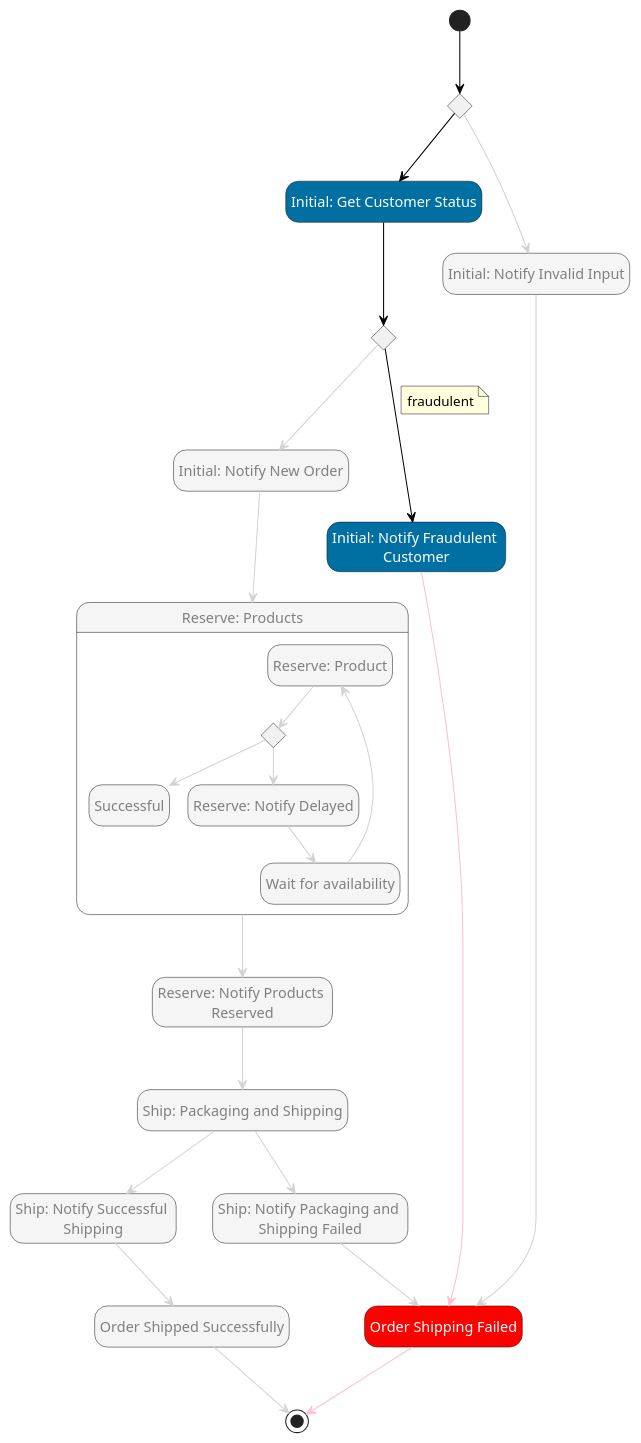
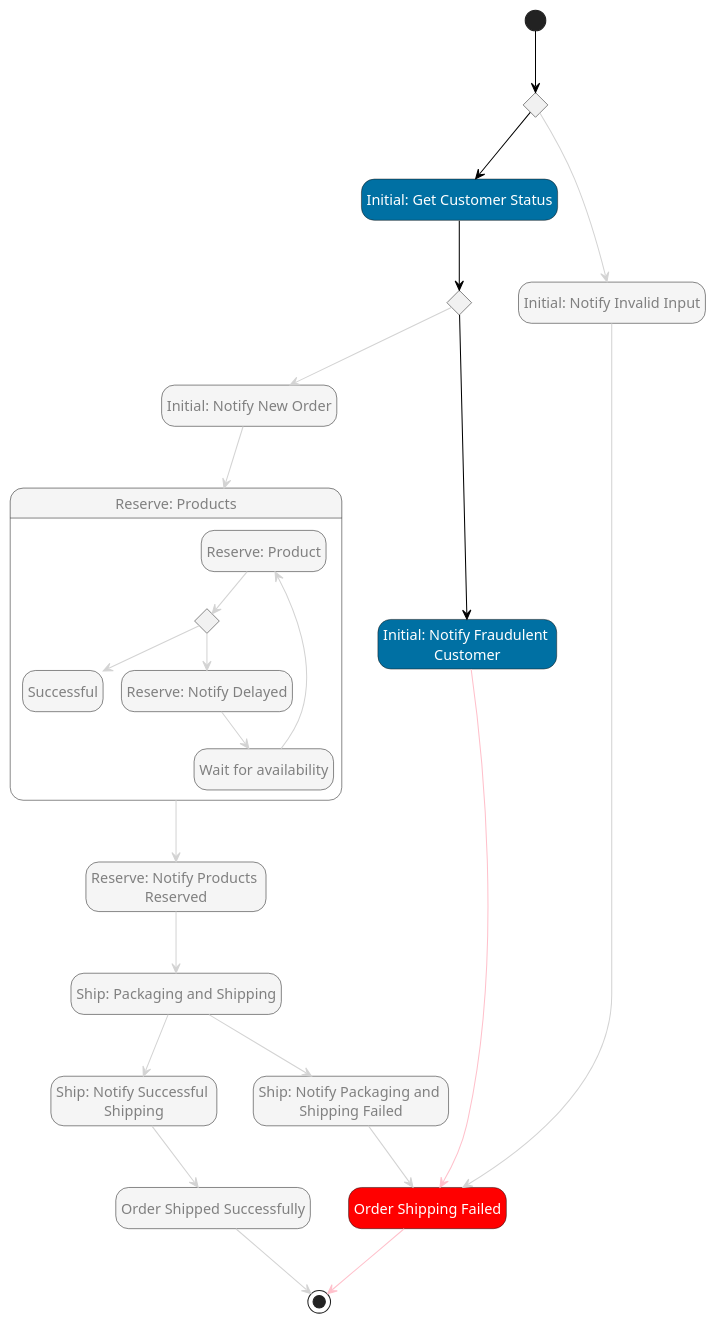
One commit to massfords/asl-puml changed the diagram in src/__tests__/pumls/aws-example-ship-order-deadpath.asl.puml. Above: the diagram before and after it, drawn with PlantUML. The commit also changed 5 other files, not shown here.

```diff
--- a/src/__tests__/pumls/aws-example-ship-order-deadpath.asl.puml
+++ b/src/__tests__/pumls/aws-example-ship-order-deadpath.asl.puml
@@ -1,80 +1,77 @@
 @startuml
 hide empty description
 skinparam ArrowColor #black
 skinparam state {
 
     BackgroundColor<<Choice>> #whitesmoke
     FontColor<<Choice>> automatic
 
     BackgroundColor<<aslFail>> #red
     FontColor<<aslFail>> automatic
 
     BackgroundColor<<aslMap>> #whitesmoke
 
     BackgroundColor<<aslSucceed>> #green
     FontColor<<aslSucceed>> automatic
 
     BackgroundColor<<aslTask>> #lightblue
     FontColor<<aslTask>> automatic
 
     BackgroundColor<<aslWait>> #whitesmoke
     FontColor<<aslWait>> automatic
     BackgroundColor<<Compensate>> #orange
     FontColor<<CustomStyle0>> automatic
     BackgroundColor<<CustomStyle0>> #gray
     FontColor<<CustomStyle1>> automatic
     BackgroundColor<<CustomStyle1>> #0070a3
     FontColor<<CustomStyle2>> automatic
     BackgroundColor<<CustomStyle2>> #gray
     FontColor<<CustomStyle3>> automatic
     BackgroundColor<<CustomStyle3>> #0070a3
     FontColor<<CustomStyle4>> automatic
     BackgroundColor<<CustomStyle4>> #red
     FontColor<<CustomStyle5>> gray
     BackgroundColor<<CustomStyle5>> #whitesmoke
 }
 state "Initial: Validate Input" as state1<<Choice>>
 state "Initial: Get Customer Status" as state2<<CustomStyle1>>
 state "Do Fraud Check" as state3<<Choice>>
 state "Initial: Notify New Order" as state4<<CustomStyle5>>
 state "Reserve: Products" as state5<<CustomStyle5>> {
 state "Reserve: Product" as state14<<CustomStyle5>>
 state "Choice" as state15<<Choice>>
 state "Successful" as state16<<CustomStyle5>>
 state "Reserve: Notify Delayed" as state17<<CustomStyle5>>
 state "Wait for availability" as state18<<CustomStyle5>>
 }
 state "Reserve: Notify Products \nReserved" as state6<<CustomStyle5>>
 state "Ship: Packaging and Shipping" as state7<<CustomStyle5>>
 state "Ship: Notify Successful \nShipping" as state8<<CustomStyle5>>
 state "Ship: Notify Packaging and \nShipping Failed" as state9<<CustomStyle5>>
 state "Initial: Notify Fraudulent \nCustomer" as state10<<CustomStyle3>>
 state "Order Shipping Failed" as state11<<CustomStyle4>>
 state "Order Shipped Successfully" as state12<<CustomStyle5>>
 state "Initial: Notify Invalid Input" as state13<<CustomStyle5>>
 [*] --> state1
 state1 -[#lightgray]-> state13
 state1 --> state2
 state2 --> state3
 state3 --> state10
-note on link
-fraudulent
-end note
 state3 -[#lightgray]-> state4
 state4 -[#lightgray]-> state5
 state5 -[#lightgray]-> state6
 state6 -[#lightgray]-> state7
 state7 -[#lightgray]-> state8
 state7 -[#lightgray]-> state9
 state8 -[#lightgray]-> state12
 state9 -[#lightgray]-> state11
 state10 -[#pink]-> state11
 state11 -[#pink]-> [*]
 state12 -[#lightgray]-> [*]
 state13 -[#lightgray]-> state11
 state14 -[#lightgray]-> state15
 state15 -[#lightgray]-> state17
 state15 -[#lightgray]-> state16
 state17 -[#lightgray]-> state18
 state18 -[#lightgray]-> state14
 @enduml
```
